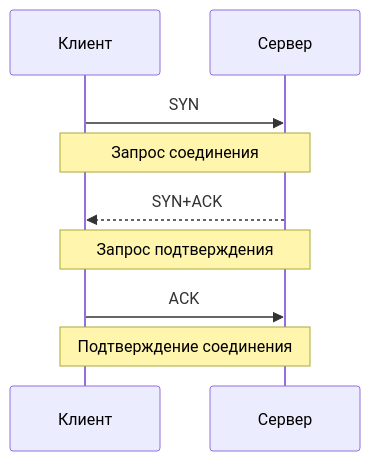
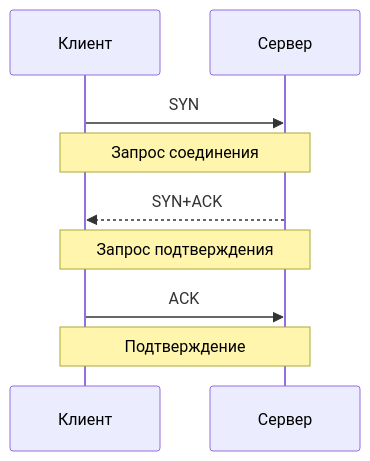
Before and after one commit to matvasenin/space: the first of 3 diagrams in 10.foundation/tcp.md, drawn with Mermaid. The commit also changed other lines of this file, not shown here.

````diff
--- a/10.foundation/tcp.md
+++ b/10.foundation/tcp.md
@@ -15,11 +14,11 @@
 ```mermaid
 sequenceDiagram
   participant A as Клиент
   participant B as Сервер
   A->>B: SYN
   Note over A, B: Запрос соединения
   B-->>A: SYN+ACK
   Note over A, B: Запрос подтверждения
   A->>B: ACK
-  Note over A, B: Подтверждение соединения
+  Note over A, B: Подтверждение
 ```
````
